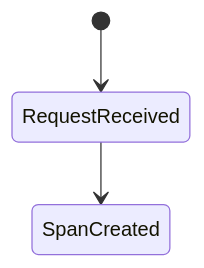
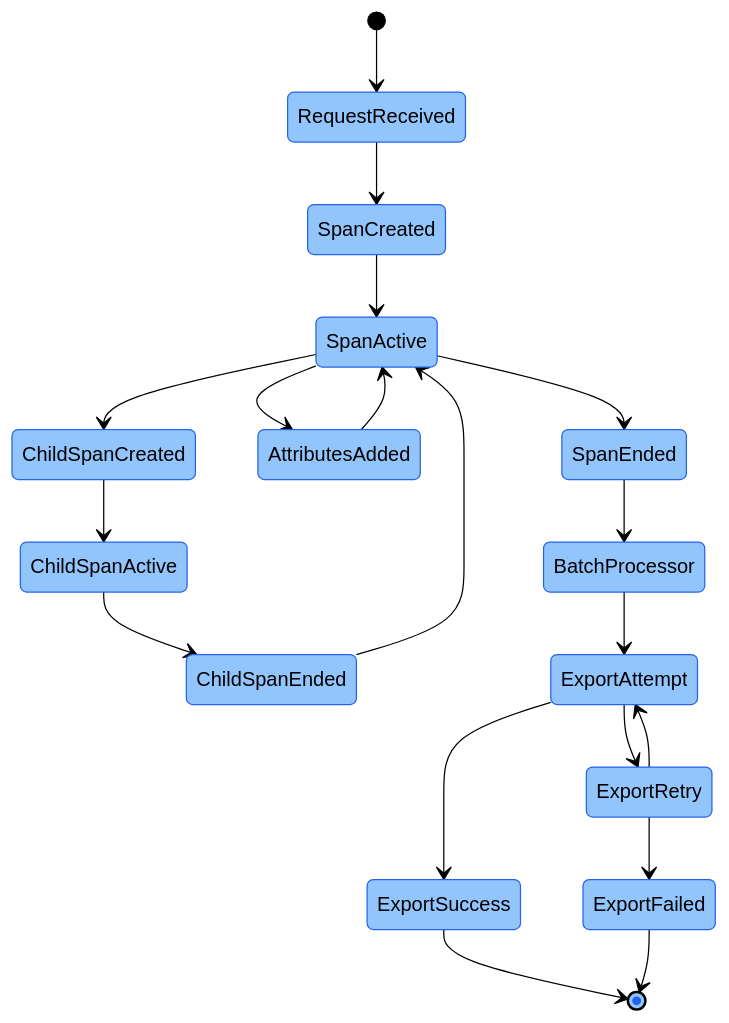
The fourth of 5 diagrams in doc/opentelemetry_architecture.md (3DHDSoft/devmultiplier-academy), drawn with Mermaid before and after one commit. The commit also changed other lines of this file and 17 other files, not shown here.

````diff
--- a/doc/opentelemetry_architecture.md
+++ b/doc/opentelemetry_architecture.md
@@ -346,21 +407,35 @@
 ```mermaid
+%%{init: {'theme': 'base', 'themeVariables': {
+  'primaryColor': '#93c5fd',
+  'primaryTextColor': '#000000',
+  'primaryBorderColor': '#2563eb',
+  'lineColor': '#000000',
+  'secondaryColor': '#c4b5fd',
+  'tertiaryColor': '#67e8f9',
+  'background': '#ffffff',
+  'textColor': '#000000',
+  'labelBoxBkgColor': '#f1f5f9',
+  'labelBoxBorderColor': '#64748b',
+  'labelTextColor': '#000000',
+  'fontFamily': 'system-ui, -apple-system, sans-serif'
+}}}%%
 stateDiagram-v2
   [*] --> RequestReceived
   RequestReceived --> SpanCreated
-%%{init: {'theme': 'default'ive
+  SpanCreated --> SpanActive
   SpanActive --> ChildSpanCreated
   ChildSpanCreated --> ChildSpanActive
   ChildSpanActive --> ChildSpanEnded
   ChildSpanEnded --> SpanActive
   SpanActive --> AttributesAdded
   AttributesAdded --> SpanActive
   SpanActive --> SpanEnded
   SpanEnded --> BatchProcessor
   BatchProcessor --> ExportAttempt
   ExportAttempt --> ExportSuccess
   ExportAttempt --> ExportRetry
   ExportRetry --> ExportAttempt
   ExportRetry --> ExportFailed
   ExportSuccess --> [*]
   ExportFailed --> [*]
 ```
````
